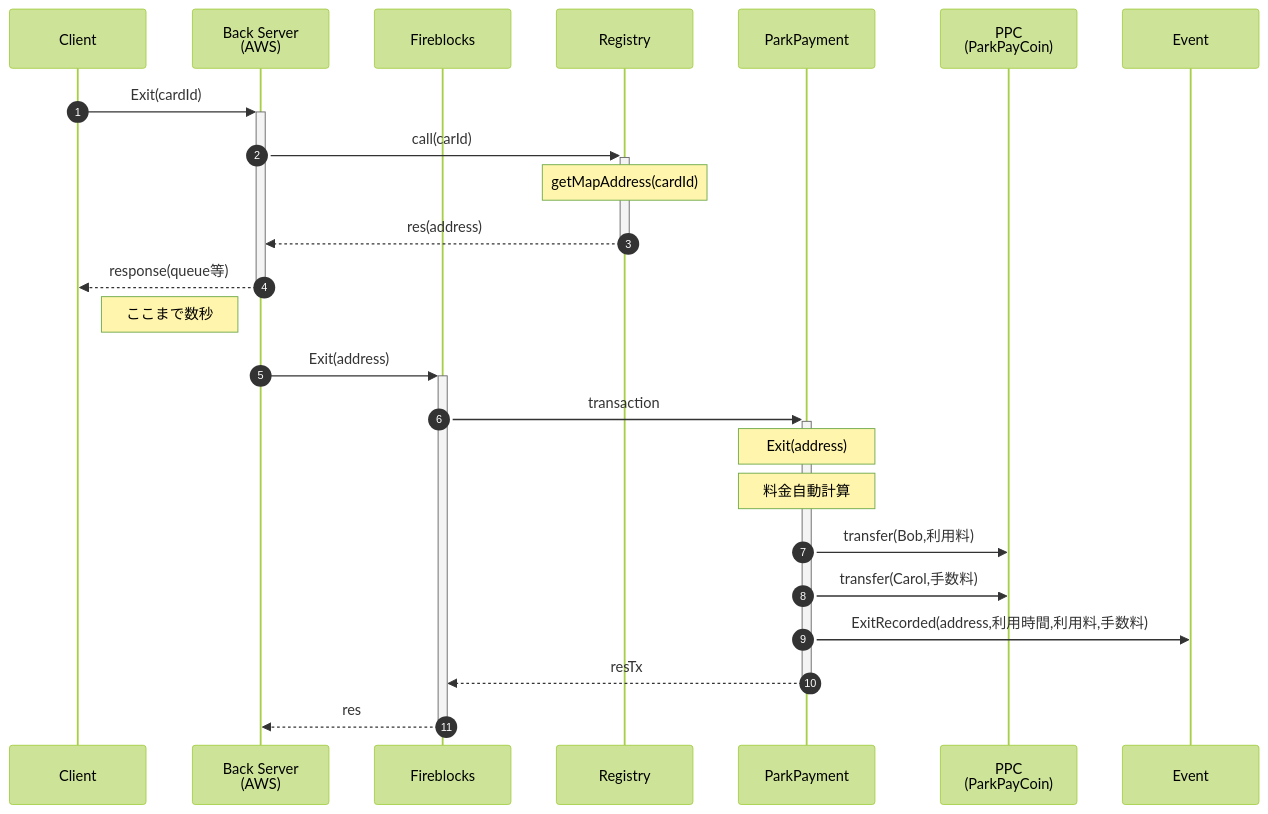
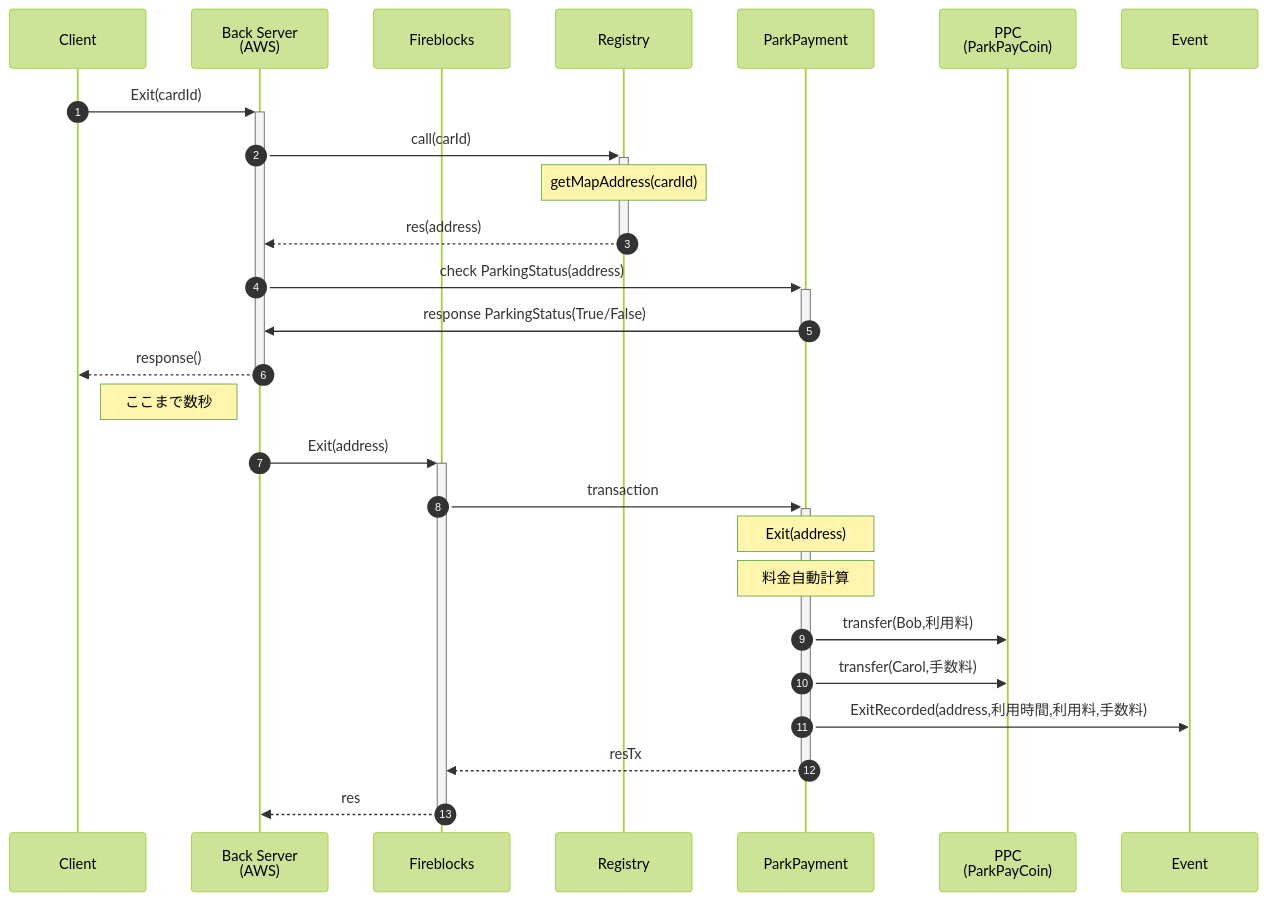
Before and after one commit to mahiroaug/ParkingPayment: the sixth of 6 diagrams in README.md, drawn with Mermaid (forest theme). The commit also changed other lines of this file and 3 other files, not shown here.

````diff
--- a/README.md
+++ b/README.md
@@ -559,31 +567,33 @@
 ```mermaid
 sequenceDiagram
 
     participant Client as Client
     participant Back as Back Server<br>(AWS)
     participant FB as Fireblocks
     participant Registry
     participant ParkPayment
     participant PPC as PPC<br>(ParkPayCoin)
     participant Event
     autonumber
 
     Client->>+Back: Exit(cardId)
     Back->>+Registry: call(carId)
     Note over Registry: getMapAddress(cardId)
     Registry-->>-Back: res(address)
-    Back-->>-Client: response(queue等)
+    Back->>+ParkPayment: check ParkingStatus(address)
+    ParkPayment->>-Back: response ParkingStatus(True/False)
+    Back-->>-Client: response()
 
     Note left of Back:ここまで数秒
 
     Back->>+FB: Exit(address)
     FB->>+ParkPayment: transaction
     Note over ParkPayment: Exit(address)
     Note over ParkPayment: 料金自動計算
     ParkPayment->>PPC: transfer(Bob,利用料)
     ParkPayment->>PPC: transfer(Carol,手数料)
     ParkPayment->>Event: ExitRecorded(address,利用時間,利用料,手数料)
     ParkPayment-->>-FB: resTx
     FB-->>-Back: res
 
 ```
````
